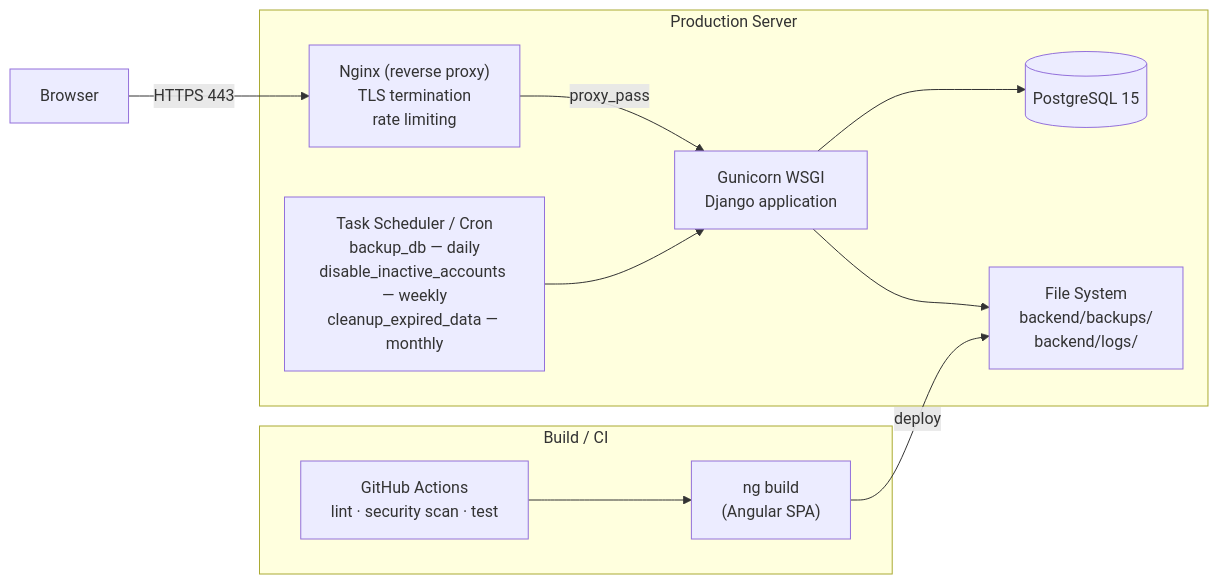
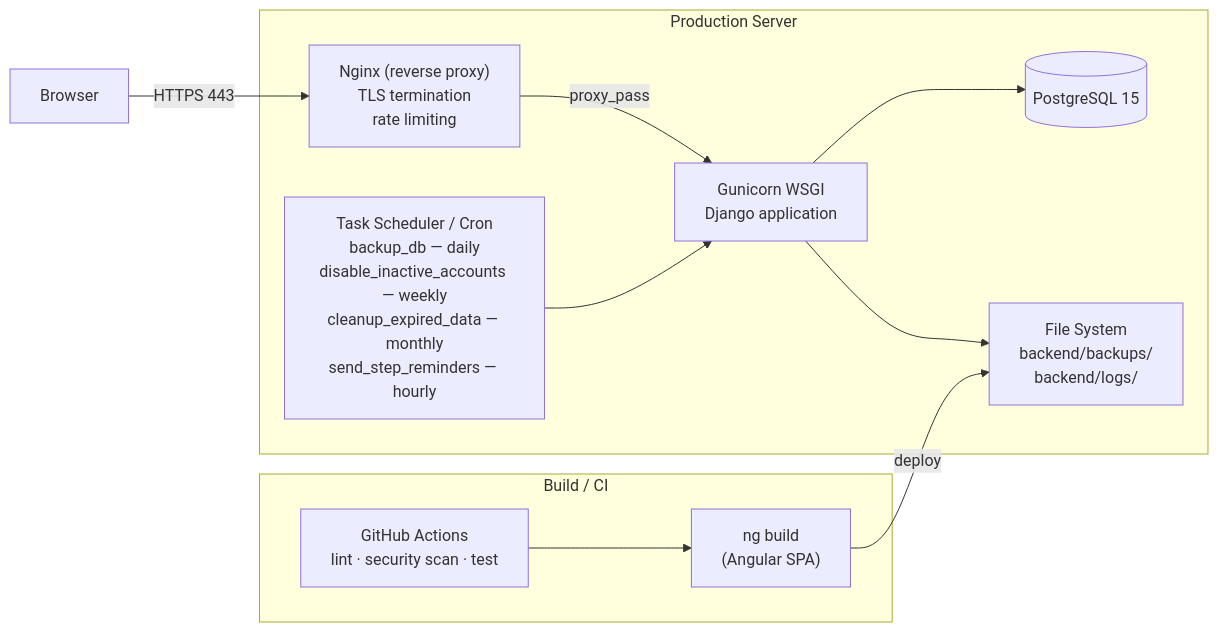
The sixth of 11 diagrams in docs/ARCHITECTURE.md (arslant84/tms.app), drawn with Mermaid before and after one commit. The commit also changed other lines of this file and 22 other files, not shown here.

````diff
--- a/docs/ARCHITECTURE.md
+++ b/docs/ARCHITECTURE.md
@@ -251,23 +251,23 @@
 ```mermaid
 graph LR
     subgraph Prod["Production Server"]
         NG["Nginx (reverse proxy)<br/>TLS termination<br/>rate limiting"]
         GN["Gunicorn WSGI<br/>Django application"]
         PG2[("PostgreSQL 15")]
         FS["File System<br/>backend/backups/<br/>backend/logs/"]
-        CRON["Task Scheduler / Cron<br/>backup_db — daily<br/>disable_inactive_accounts — weekly<br/>cleanup_expired_data — monthly"]
+        CRON["Task Scheduler / Cron<br/>backup_db — daily<br/>disable_inactive_accounts — weekly<br/>cleanup_expired_data — monthly<br/>send_step_reminders — hourly"]
     end
 
     subgraph Build["Build / CI"]
         GHA["GitHub Actions<br/>lint · security scan · test"]
         ANG["ng build<br/>(Angular SPA)"]
     end
 
     Browser -->|HTTPS 443| NG
     NG -->|proxy_pass| GN
     GN --> PG2
     GN --> FS
     CRON --> GN
     GHA --> ANG
     ANG -->|deploy| FS
 ```
````
